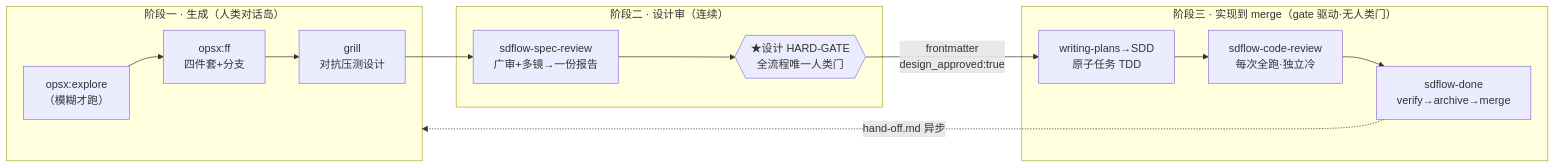
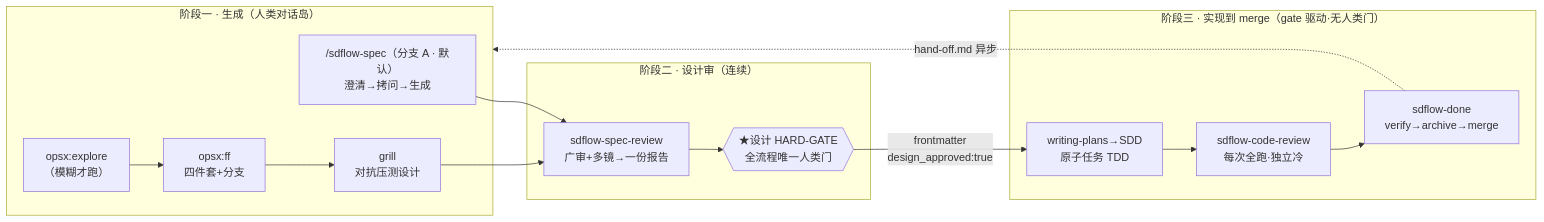
One commit to laodao-ai/sdflow-skills changed the diagram in docs/sdflow-fable5/01-goals-and-rationale.md. Above: the diagram before and after it, drawn with Mermaid. The commit also changed other lines of this file and 10 other files, not shown here.

````diff
--- a/docs/sdflow-fable5/01-goals-and-rationale.md
+++ b/docs/sdflow-fable5/01-goals-and-rationale.md
@@ -35,15 +35,17 @@
 ```mermaid
 flowchart LR
     subgraph P1["阶段一 · 生成（人类对话岛）"]
+        S0["/sdflow-spec（分支 A · 默认）<br/>澄清→拷问→生成"]
         A["opsx:explore<br/>（模糊才跑）"] --> B["opsx:ff<br/>四件套+分支"] --> C["grill<br/>对抗压测设计"]
     end
     subgraph P2["阶段二 · 设计审（连续）"]
         D["sdflow-spec-review<br/>广审+多镜→一份报告"] --> E{{"★设计 HARD-GATE<br/>全流程唯一人类门"}}
     end
     subgraph P3["阶段三 · 实现到 merge（gate 驱动·无人类门）"]
         F["writing-plans→SDD<br/>原子任务 TDD"] --> G["sdflow-code-review<br/>每次全跑·独立冷"] --> H["sdflow-done<br/>verify→archive→merge"]
     end
+    S0 --> D
     C --> D
     E -->|"frontmatter<br/>design_approved:true"| F
     H -.->|hand-off.md 异步| P1
 ```
````
